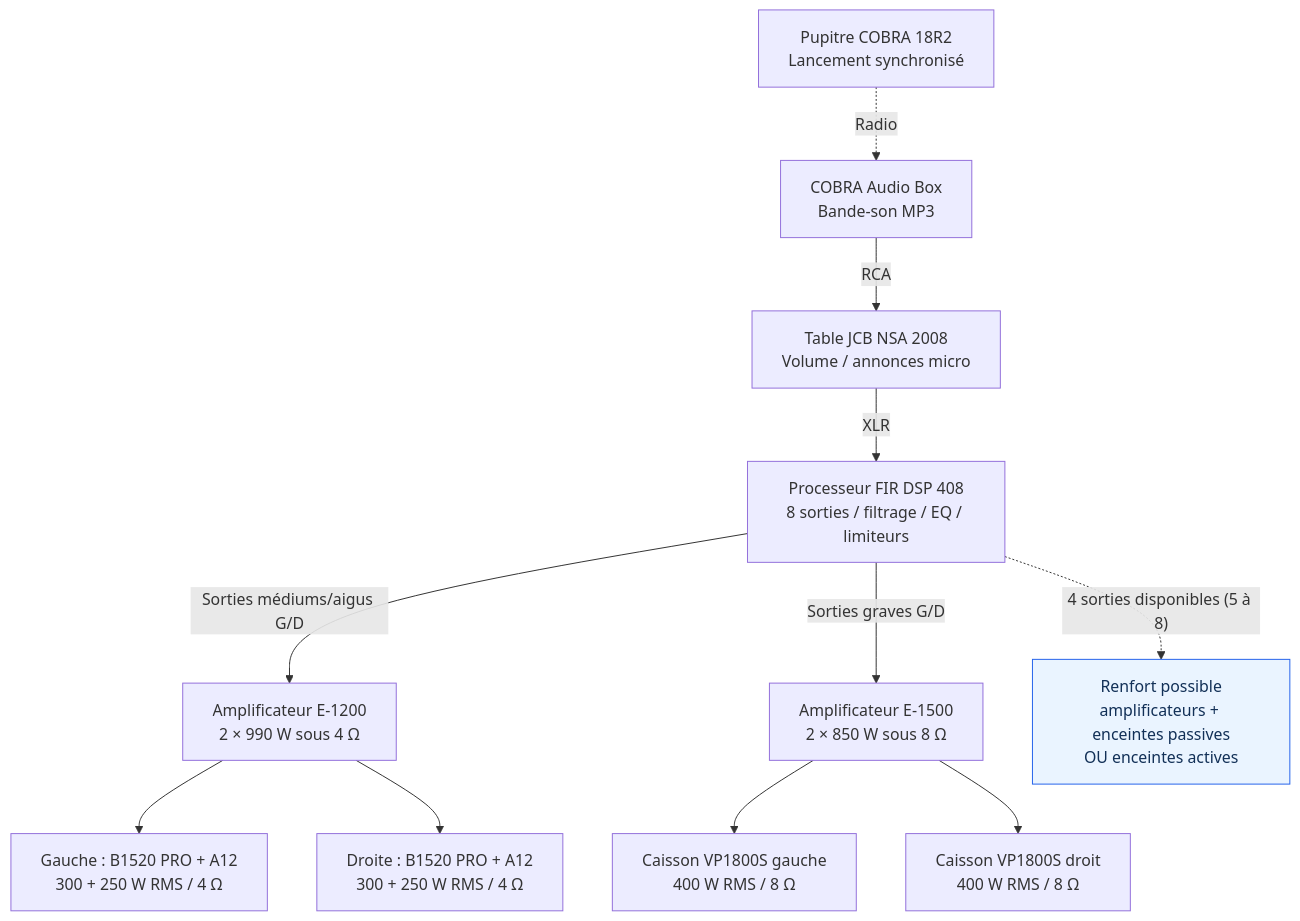
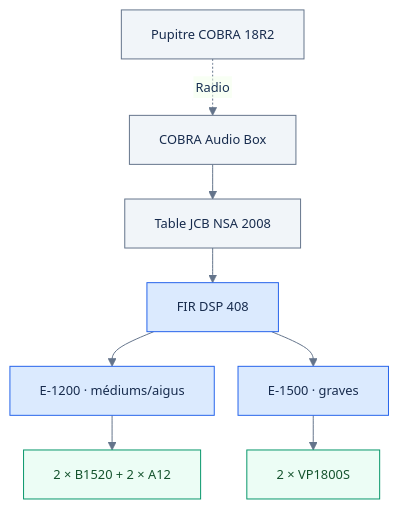
Before and after one commit to HAZIT-FR/PGE-SONO: the first of 3 diagrams in README.md, drawn with Mermaid. The commit also changed other lines of this file, not shown here.

````diff
--- a/README.md
+++ b/README.md
@@ -39,15 +47,22 @@
 ```mermaid
+%%{init: {"flowchart": {"nodeSpacing": 24, "rankSpacing": 35, "htmlLabels": false}, "theme": "base", "themeVariables": {"primaryColor": "#eaf2ff", "primaryTextColor": "#183153", "primaryBorderColor": "#4383cd", "lineColor": "#64748b", "fontSize": "13px"}}}%%
 flowchart TB
-  A["Pupitre COBRA 18R2<br/>Lancement synchronisé"] -. Radio .-> B["COBRA Audio Box<br/>Bande-son MP3"]
-  B -->|RCA| C["Table JCB NSA 2008<br/>Volume / annonces micro"]
-  C -->|XLR| D["Processeur FIR DSP 408<br/>8 sorties / filtrage / EQ / limiteurs"]
-  D -->|"Sorties médiums/aigus G/D"| E["Amplificateur E-1200<br/>2 × 990 W sous 4 Ω"]
-  D -->|"Sorties graves G/D"| F["Amplificateur E-1500<br/>2 × 850 W sous 8 Ω"]
-  E --> G["Gauche : B1520 PRO + A12<br/>300 + 250 W RMS / 4 Ω"]
-  E --> H["Droite : B1520 PRO + A12<br/>300 + 250 W RMS / 4 Ω"]
-  F --> I["Caisson VP1800S gauche<br/>400 W RMS / 8 Ω"]
-  F --> J["Caisson VP1800S droit<br/>400 W RMS / 8 Ω"]
-  D -. "4 sorties disponibles (5 à 8)" .-> K["Renfort possible<br/>amplificateurs + enceintes passives<br/>OU enceintes actives"]
-  classDef available fill:#eaf4ff,stroke:#2563eb,color:#123057;
-  class K available;
+  A["Pupitre COBRA 18R2"]
+  B["COBRA Audio Box"]
+  C["Table JCB NSA 2008"]
+  D["FIR DSP 408"]
+  E["E-1200 · médiums/aigus"]
+  F["E-1500 · graves"]
+  G["2 × B1520 + 2 × A12"]
+  H["2 × VP1800S"]
+  A -. "Radio" .-> B
+  B --> C --> D
+  D --> E --> G
+  D --> F --> H
+  classDef source fill:#f1f5f9,stroke:#64748b,color:#172b4d;
+  classDef processing fill:#dbeafe,stroke:#2563eb,color:#172b4d;
+  classDef output fill:#ecfdf5,stroke:#059669,color:#14532d;
+  class A,B,C source;
+  class D,E,F processing;
+  class G,H output;
 ```
````
